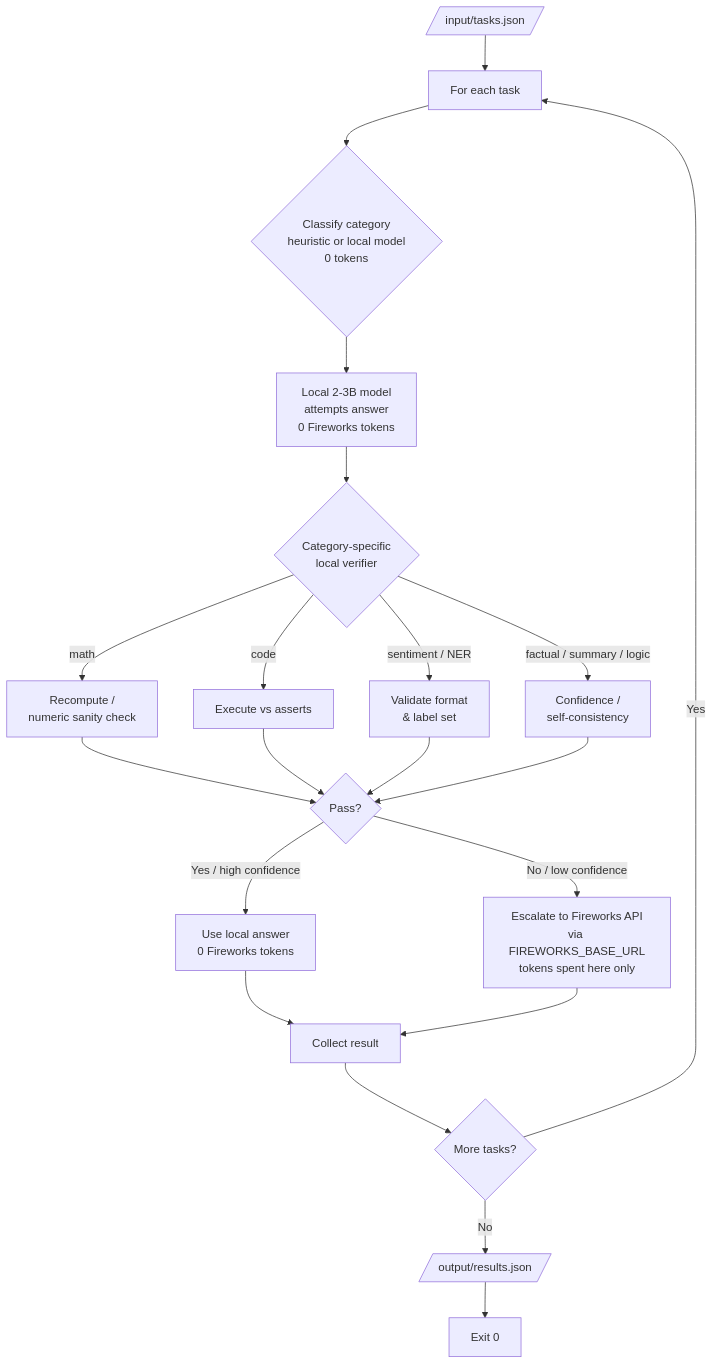
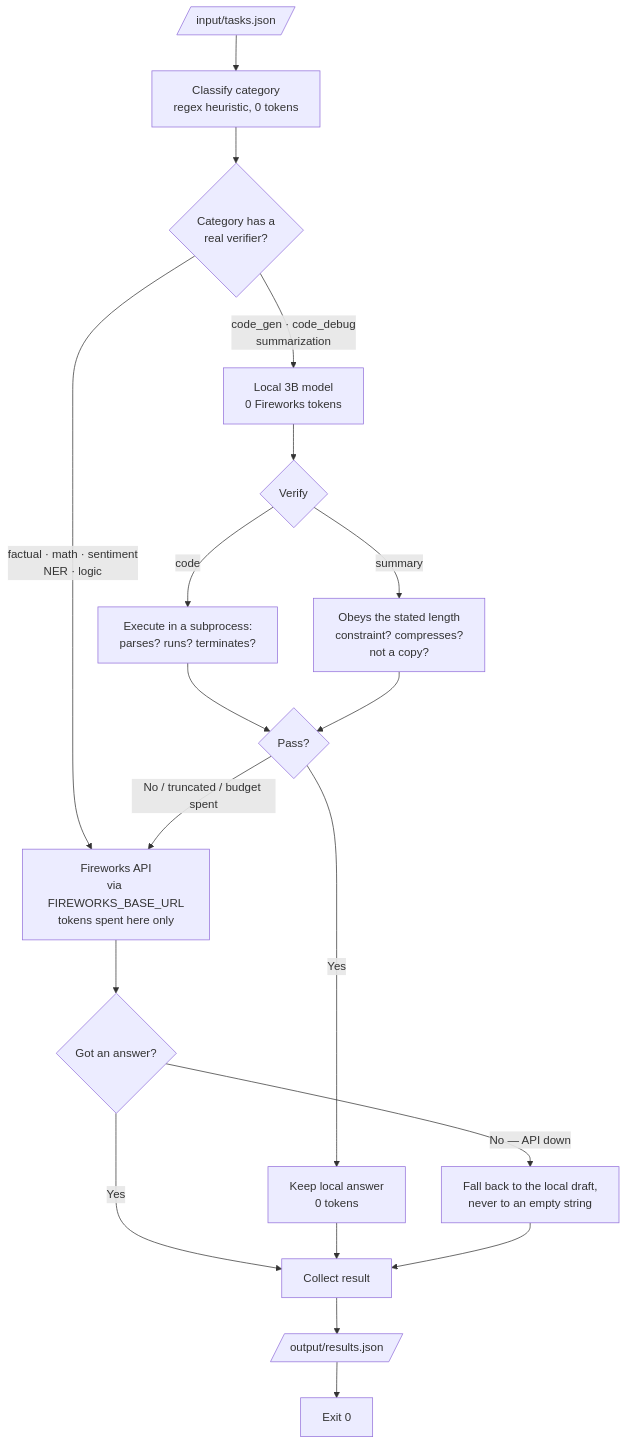
One commit to WayneCh0y/amd-hack changed the diagram in documentation/architecture-1.md. Above: the diagram before and after it, drawn with Mermaid. The commit also changed other lines of this file and 13 other files, not shown here.

Commit message:
Attempt 1 on fixing 0% accuracy gate. Escalates to fireworks more frequently now.

````diff
--- a/documentation/architecture-1.md
+++ b/documentation/architecture-1.md
@@ -55,27 +79,25 @@
 ```mermaid
 flowchart TD
-    A[/input/tasks.json/] --> B[For each task]
-    B --> C{Classify category<br/>heuristic or local model<br/>0 tokens}
-    C --> D[Local 2-3B model<br/>attempts answer<br/>0 Fireworks tokens]
-    D --> E{Category-specific<br/>local verifier}
+    A[/input/tasks.json/] --> B[Classify category<br/>regex heuristic, 0 tokens]
+    B --> C{Category has a<br/>real verifier?}
 
-    E -->|math| F1[Recompute /<br/>numeric sanity check]
-    E -->|code| F2[Execute vs asserts]
-    E -->|sentiment / NER| F3[Validate format<br/>& label set]
-    E -->|factual / summary / logic| F4[Confidence /<br/>self-consistency]
+    C -->|"factual · math · sentiment<br/>NER · logic"| D[Fireworks API<br/>via FIREWORKS_BASE_URL<br/>tokens spent here only]
+
+    C -->|"code_gen · code_debug<br/>summarization"| E[Local 3B model<br/>0 Fireworks tokens]
+    E --> F{Verify}
+    F -->|code| F1[Execute in a subprocess:<br/>parses? runs? terminates?]
+    F -->|summary| F2[Obeys the stated length<br/>constraint? compresses?<br/>not a copy?]
 
     F1 --> G{Pass?}
     F2 --> G
-    F3 --> G
-    F4 --> G
+    G -->|Yes| H[Keep local answer<br/>0 tokens]
+    G -->|No / truncated / budget spent| D
 
-    G -->|Yes / high confidence| H[Use local answer<br/>0 Fireworks tokens]
-    G -->|No / low confidence| I[Escalate to Fireworks API<br/>via FIREWORKS_BASE_URL<br/>tokens spent here only]
-
-    H --> J[Collect result]
-    I --> J
-    J --> K{More tasks?}
-    K -->|Yes| B
-    K -->|No| L[/output/results.json/]
+    D --> I{Got an answer?}
+    I -->|Yes| J[Collect result]
+    I -->|No — API down| K[Fall back to the local draft,<br/>never to an empty string]
+    H --> J
+    K --> J
+    J --> L[/output/results.json/]
     L --> M[Exit 0]
 ```
````
